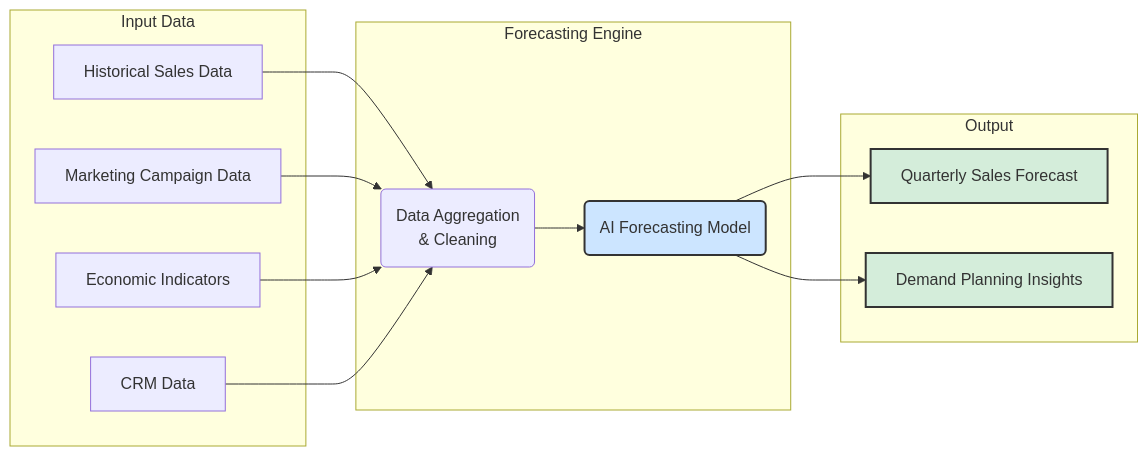
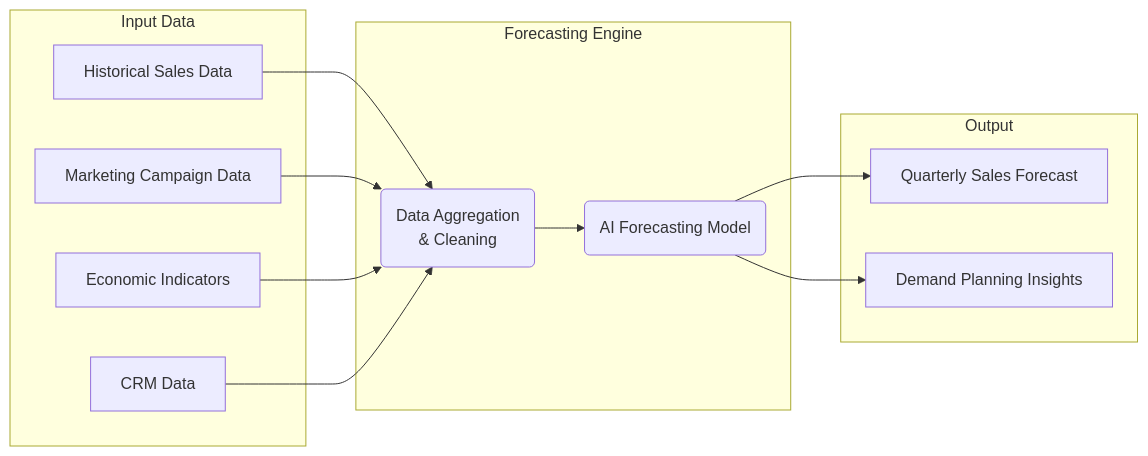
Before and after one commit to 89jobrien/examples: the fourth of 5 diagrams in README.md, drawn with Mermaid. The commit also changed other lines of this file, not shown here.

````diff
--- a/README.md
+++ b/README.md
@@ -85,26 +72,22 @@
 ```mermaid
 graph LR
     subgraph "Input Data"
         A[Historical Sales Data]
         B[Marketing Campaign Data]
         C[Economic Indicators]
         D[CRM Data]
     end
 
     subgraph "Forecasting Engine"
         E(Data Aggregation <br>& Cleaning) --> F(AI Forecasting Model);
     end
 
     subgraph "Output"
         G[Quarterly Sales Forecast]
         H[Demand Planning Insights]
     end
 
     A & B & C & D --> E;
     F --> G;
     F --> H;
-
-    style F fill:#cce5ff,stroke:#333,stroke-width:2px
-    style G fill:#d4edda,stroke:#333,stroke-width:2px
-    style H fill:#d4edda,stroke:#333,stroke-width:2px
 ```
````
